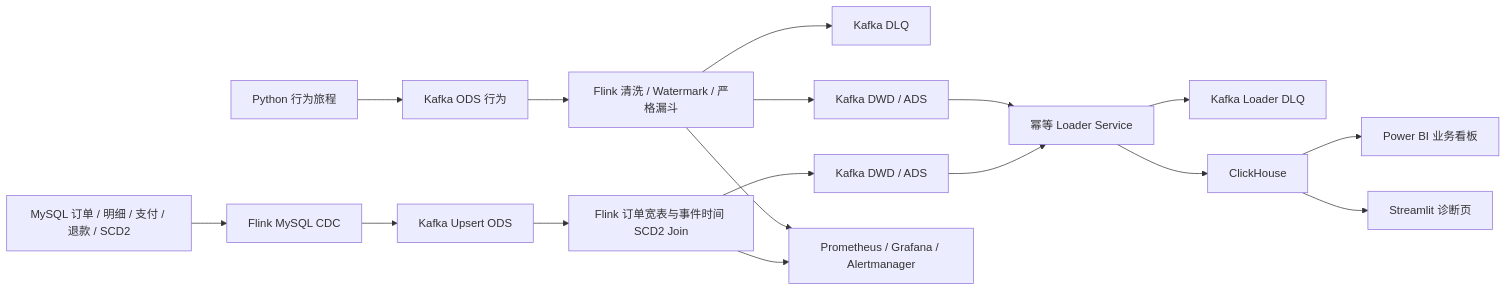
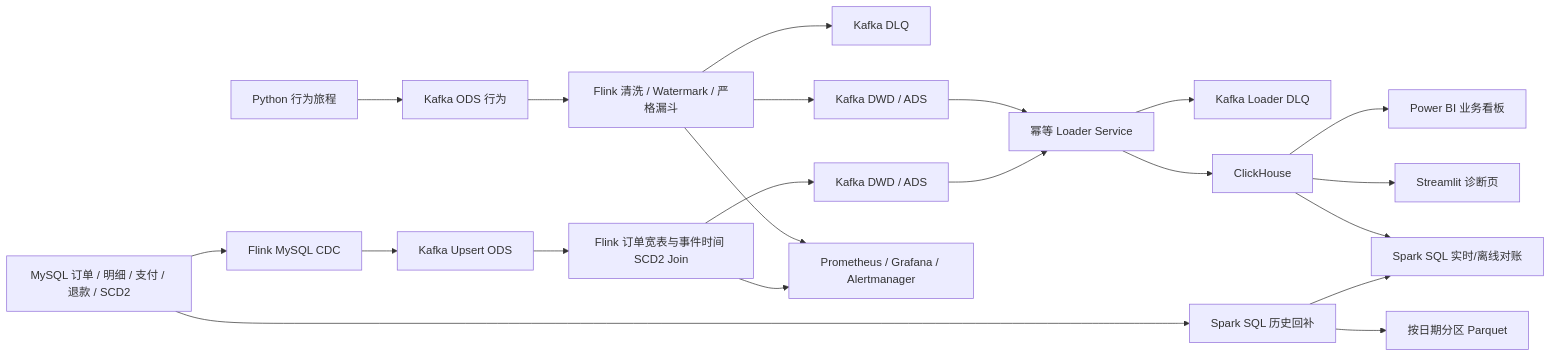
Before and after one commit to WDF577/Pq: the diagram in README.md, drawn with Mermaid. The commit also changed other lines of this file and 20 other files, not shown here.

Commit message:
feat: add Spark SQL backfill reconciliation

````diff
--- a/README.md
+++ b/README.md
@@ -9,21 +9,25 @@
 ```mermaid
 flowchart LR
     G1["Python 行为旅程"] --> K1["Kafka ODS 行为"]
     K1 --> F1["Flink 清洗 / Watermark / 严格漏斗"]
     F1 --> DLQ["Kafka DLQ"]
     F1 --> K2["Kafka DWD / ADS"]
 
     M["MySQL 订单 / 明细 / 支付 / 退款 / SCD2"] --> CDC["Flink MySQL CDC"]
     CDC --> KO["Kafka Upsert ODS"]
     KO --> FD["Flink 订单宽表与事件时间 SCD2 Join"]
     FD --> KA["Kafka DWD / ADS"]
 
     K2 --> L["幂等 Loader Service"]
     KA --> L
     L --> LDLQ["Kafka Loader DLQ"]
     L --> C["ClickHouse"]
     C --> BI["Power BI 业务看板"]
     C --> S["Streamlit 诊断页"]
+    M --> SP["Spark SQL 历史回补"]
+    SP --> PQ["按日期分区 Parquet"]
+    C --> RC["Spark SQL 实时/离线对账"]
+    SP --> RC
     F1 --> P["Prometheus / Grafana / Alertmanager"]
     FD --> P
 ```
````
